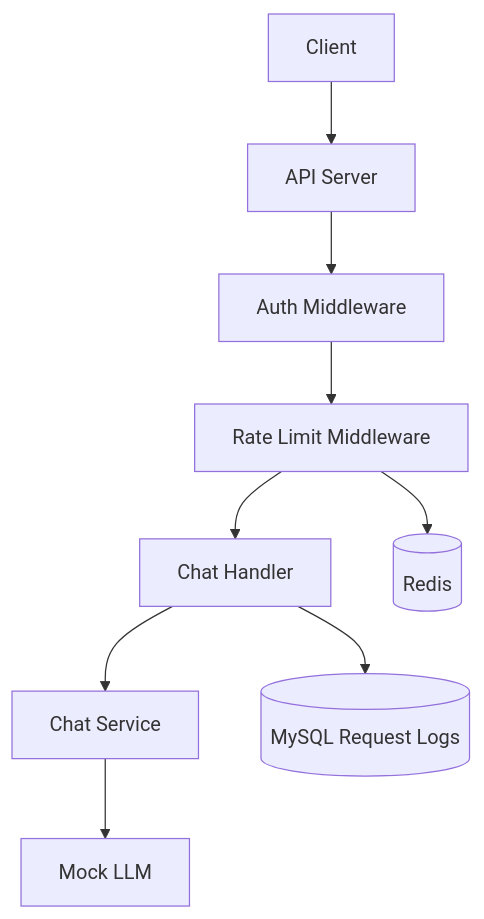
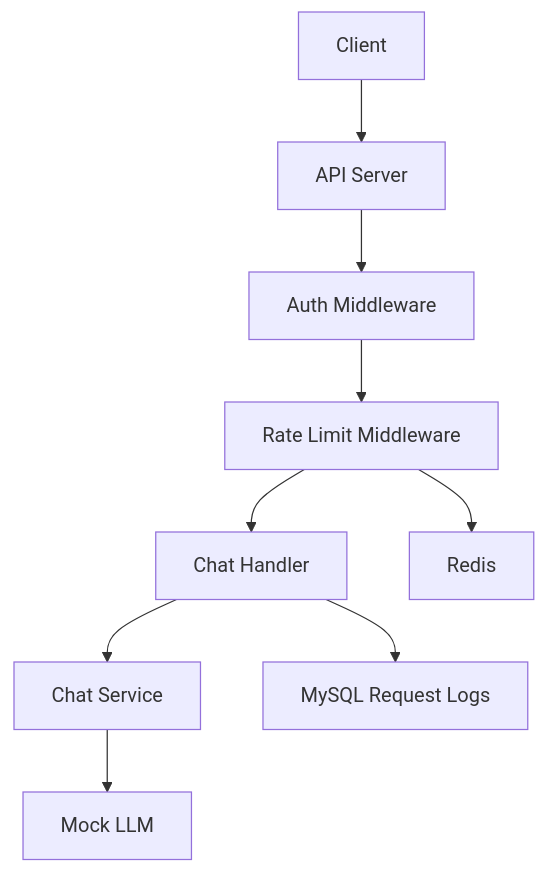
The diagram in README.md (Kihouww/mini-ai-compute-platform), drawn with Mermaid before and after one commit.

Commit message:
day7: polish docs and week1 review

````diff
--- a/README.md
+++ b/README.md
@@ -44,11 +44,21 @@
 ```mermaid
 flowchart TD
-    A[Client] --> B[API Server]
-    B --> C[Auth Middleware]
-    C --> D[Rate Limit Middleware]
-    D --> E[Chat Handler]
-    E --> F[Chat Service]
-    F --> G[Mock LLM]
-    E --> H[(MySQL Request Logs)]
-    D --> I[(Redis)]
+    client["Client"]
+    api["API Server"]
+    auth["Auth Middleware"]
+    limiter["Rate Limit Middleware"]
+    handler["Chat Handler"]
+    service["Chat Service"]
+    llm["Mock LLM"]
+    mysql["MySQL Request Logs"]
+    redis["Redis"]
+
+    client --> api
+    api --> auth
+    auth --> limiter
+    limiter --> handler
+    handler --> service
+    service --> llm
+    handler --> mysql
+    limiter --> redis
 ```
````
